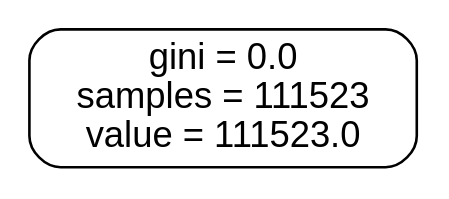
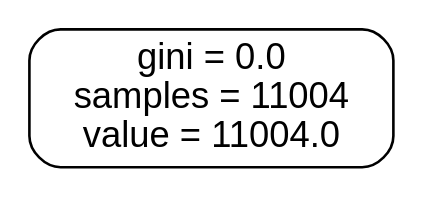
One commit to Steffanic/ML-Jet-BG-Subtraction changed the diagram in Oracles/Oracle_0.2_30.dot. Above: the diagram before and after it, drawn with Graphviz. The commit also changed 222 other files, not shown here.

```diff
--- a/Oracles/Oracle_0.2_30.dot
+++ b/Oracles/Oracle_0.2_30.dot
@@ -1,5 +1,5 @@
 digraph Tree {
 node [shape=box, style="filled, rounded", color="black", fontname=helvetica] ;
 edge [fontname=helvetica] ;
-0 [label="gini = 0.0\nsamples = 111523\nvalue = 111523.0", fillcolor="#ffffff"] ;
+0 [label="gini = 0.0\nsamples = 11004\nvalue = 11004.0", fillcolor="#ffffff"] ;
 }
```
